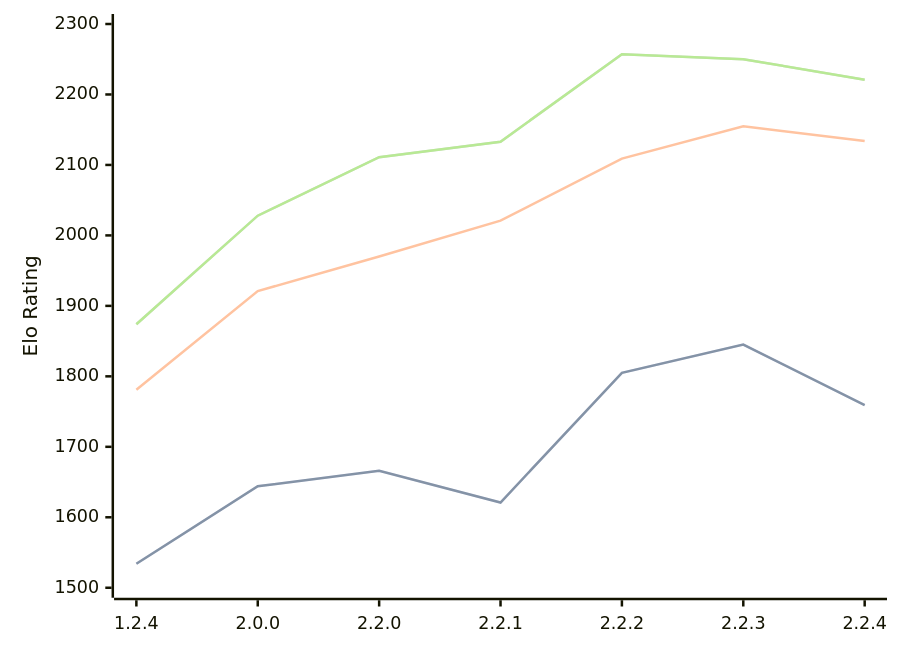
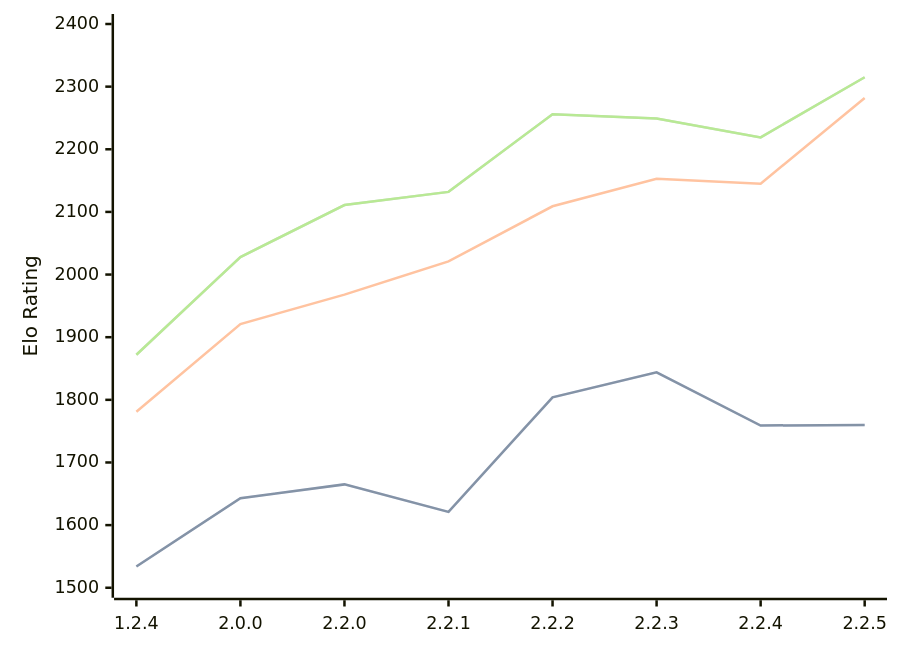
Before and after one commit to computer-chess-index/cci: the diagram in engines/Kreveta.md, drawn with Mermaid. The commit also changed other lines of this file, not shown here.

Commit message:
Update CCI Ratings (ELO VLTC) - 2026-03-16

````diff
--- a/engines/Kreveta.md
+++ b/engines/Kreveta.md
@@ -38,11 +39,11 @@
 ```mermaid
 %%{init: {"theme":"base","themeVariables":{"seriesColors:['#a3a3a3','#222221','#faa371']}}}%%
 xychart-beta
-  x-axis ["1.2.4", "2.0.0", "2.2.0", "2.2.1", "2.2.2", "2.2.3", "2.2.4"]
-  y-axis "Elo Rating" 1500 --> 2300
-  line "STC (8.0+0.08s)" [1534, 1644, 1666, 1621, 1805, 1845, 1759]
-  line "STC (8.0+0.08s)" [1534, 1644, 1666, 1621, 1805, 1845, 1759]
-  line "LTC (60.0+0.60s)" [1781, 1921, 1970, 2021, 2109, 2155, 2134]
-  line "VLTC (2m24s+1.12s)" [1874, 2028, 2111, 2133, 2257, 2250, 2221]
-  line "VLTC (2m24s+1.12s)" [1874, 2028, 2111, 2133, 2257, 2250, 2221]
+  x-axis ["1.2.4", "2.0.0", "2.2.0", "2.2.1", "2.2.2", "2.2.3", "2.2.4", "2.2.5"]
+  y-axis "Elo Rating" 1500 --> 2400
+  line "STC (8.0+0.08s)" [1534, 1643, 1665, 1621, 1804, 1844, 1759, 1760]
+  line "STC (8.0+0.08s)" [1534, 1643, 1665, 1621, 1804, 1844, 1759, 1760]
+  line "LTC (60.0+0.60s)" [1781, 1921, 1968, 2021, 2109, 2153, 2145, 2282]
+  line "VLTC (2m24s+1.12s)" [1872, 2028, 2111, 2132, 2256, 2249, 2219, 2315]
+  line "VLTC (2m24s+1.12s)" [1872, 2028, 2111, 2132, 2256, 2249, 2219, 2315]
 ```
````
